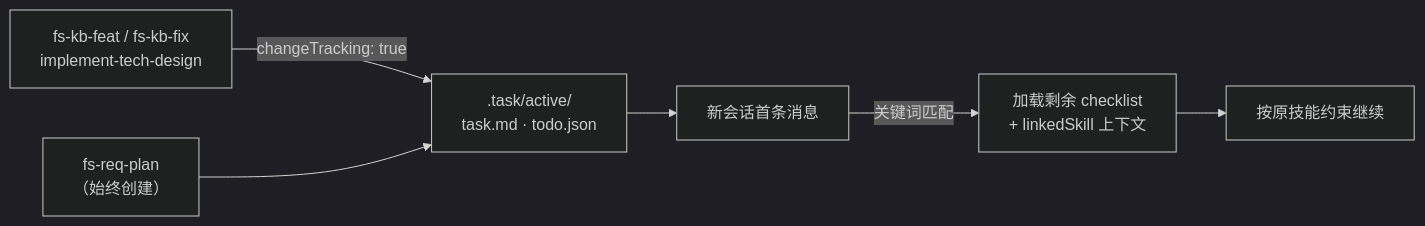
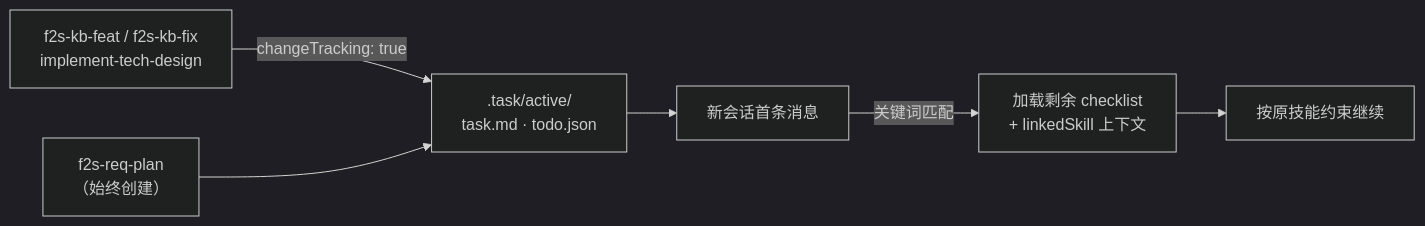
One commit to double-coding-lab/Flow2Spec changed the sixth of 10 diagrams in docs/设计说明.md. Above: the diagram before and after it, drawn with Mermaid (dark theme). The commit also changed other lines of this file and 27 other files, not shown here.

````diff
--- a/docs/设计说明.md
+++ b/docs/设计说明.md
@@ -192,9 +192,9 @@
 ```mermaid
 graph LR
-    SKILL["fs-kb-feat / fs-kb-fix\nimplement-tech-design"] -->|"changeTracking: true"| TJ[".task/active/\ntask.md · todo.json"]
-    RP["fs-req-plan\n（始终创建）"] --> TJ
+    SKILL["f2s-kb-feat / f2s-kb-fix\nimplement-tech-design"] -->|"changeTracking: true"| TJ[".task/active/\ntask.md · todo.json"]
+    RP["f2s-req-plan\n（始终创建）"] --> TJ
 
     TJ --> NS[新会话首条消息]
     NS -->|关键词匹配| LD["加载剩余 checklist\n+ linkedSkill 上下文"]
     LD --> RS[按原技能约束继续]
 ```
````
